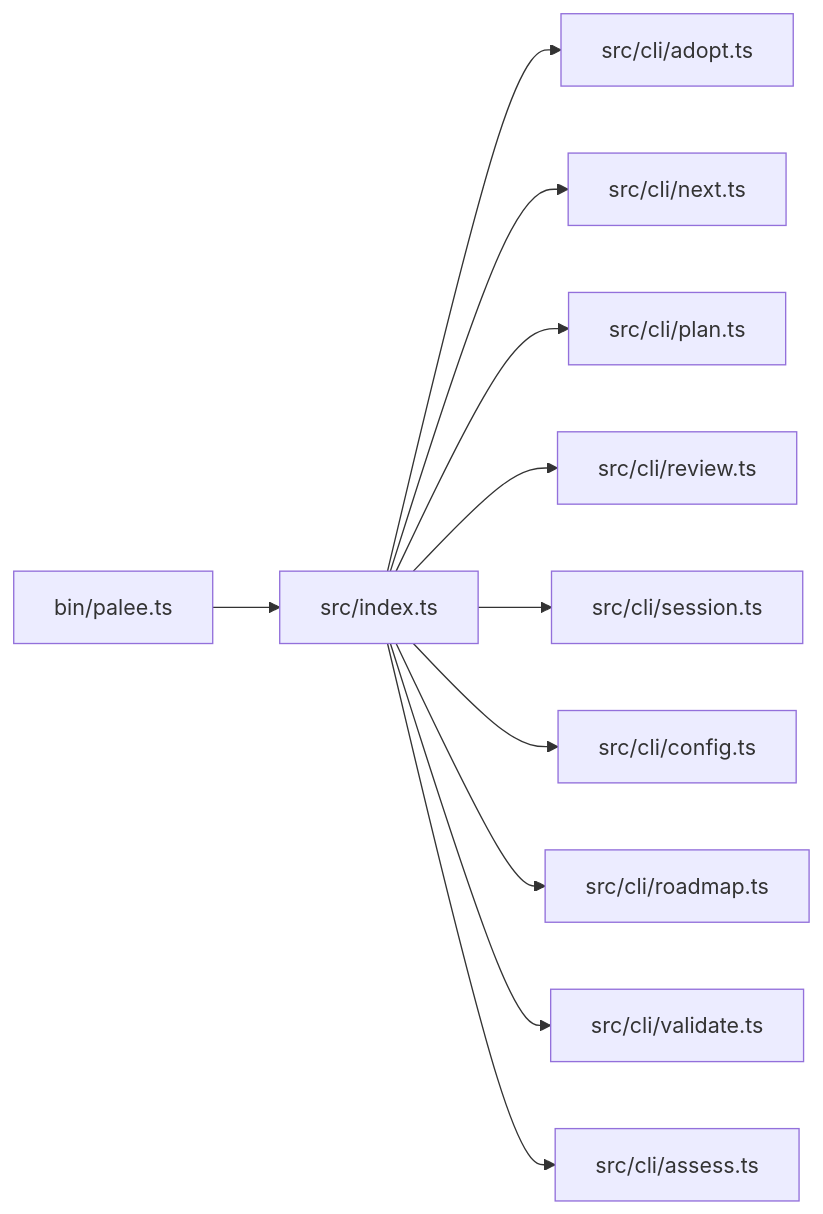
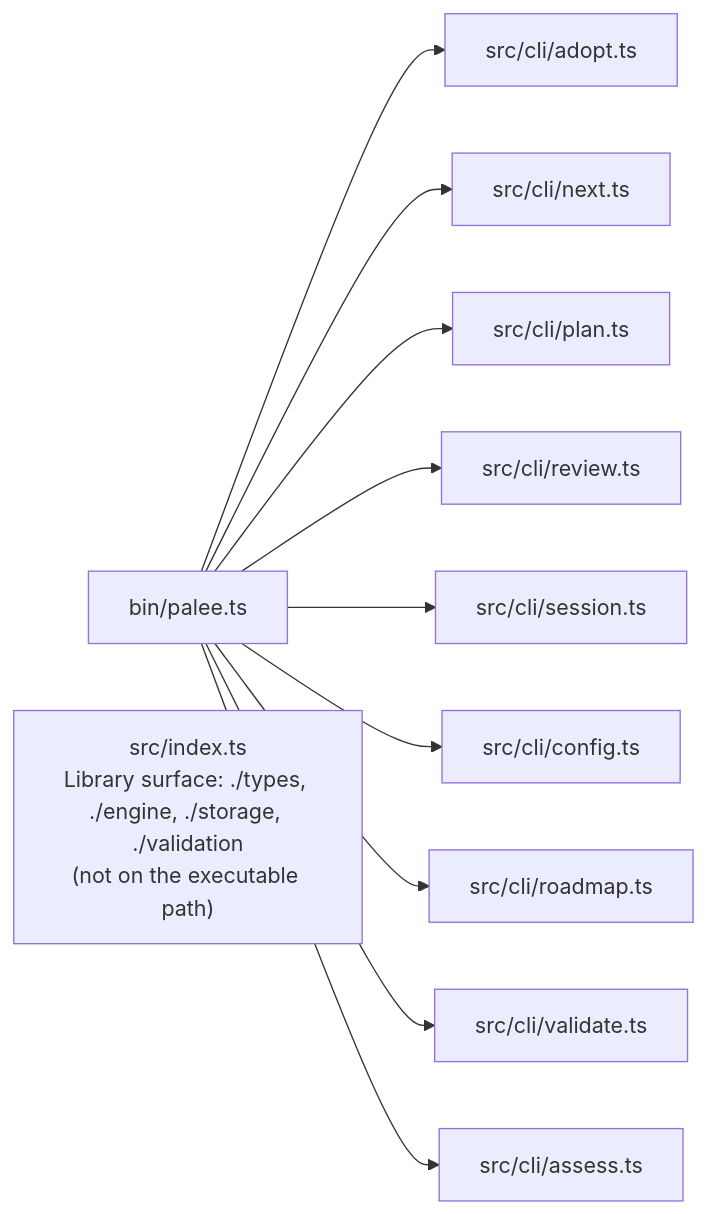
One commit to Kuldeep2822k/palee-architecture changed the seventh of 11 diagrams in Architecture Decision Records/Planning and Design Documents.md. Above: the diagram before and after it, drawn with Mermaid. The commit also changed other lines of this file and 8 other files, not shown here.

Commit message:
docs(adr): fix lifecycle statuses, stale-temp order and planning diagrams

````diff
--- a/Architecture Decision Records/Planning and Design Documents.md
+++ b/Architecture Decision Records/Planning and Design Documents.md
@@ -390,13 +392,13 @@
 ```mermaid
 graph LR
-    Bin["bin/palee.ts"] --> Index["src/index.ts"]
-    Index --> CliAdopt["src/cli/adopt.ts"]
-    Index --> CliNext["src/cli/next.ts"]
-    Index --> CliPlan["src/cli/plan.ts"]
-    Index --> CliReview["src/cli/review.ts"]
-    Index --> CliSession["src/cli/session.ts"]
-    Index --> CliConfig["src/cli/config.ts"]
-    Index --> CliRoadmap["src/cli/roadmap.ts"]
-    Index --> CliValidate["src/cli/validate.ts"]
-    Index --> CliAssess["src/cli/assess.ts"]
+    Bin["bin/palee.ts"] --> CliAdopt["src/cli/adopt.ts"]
+    Bin --> CliNext["src/cli/next.ts"]
+    Bin --> CliPlan["src/cli/plan.ts"]
+    Bin --> CliReview["src/cli/review.ts"]
+    Bin --> CliSession["src/cli/session.ts"]
+    Bin --> CliConfig["src/cli/config.ts"]
+    Bin --> CliRoadmap["src/cli/roadmap.ts"]
+    Bin --> CliValidate["src/cli/validate.ts"]
+    Bin --> CliAssess["src/cli/assess.ts"]
+    Index["src/index.ts<br/>Library surface: ./types, ./engine, ./storage, ./validation<br/>(not on the executable path)"]
 ```
````
